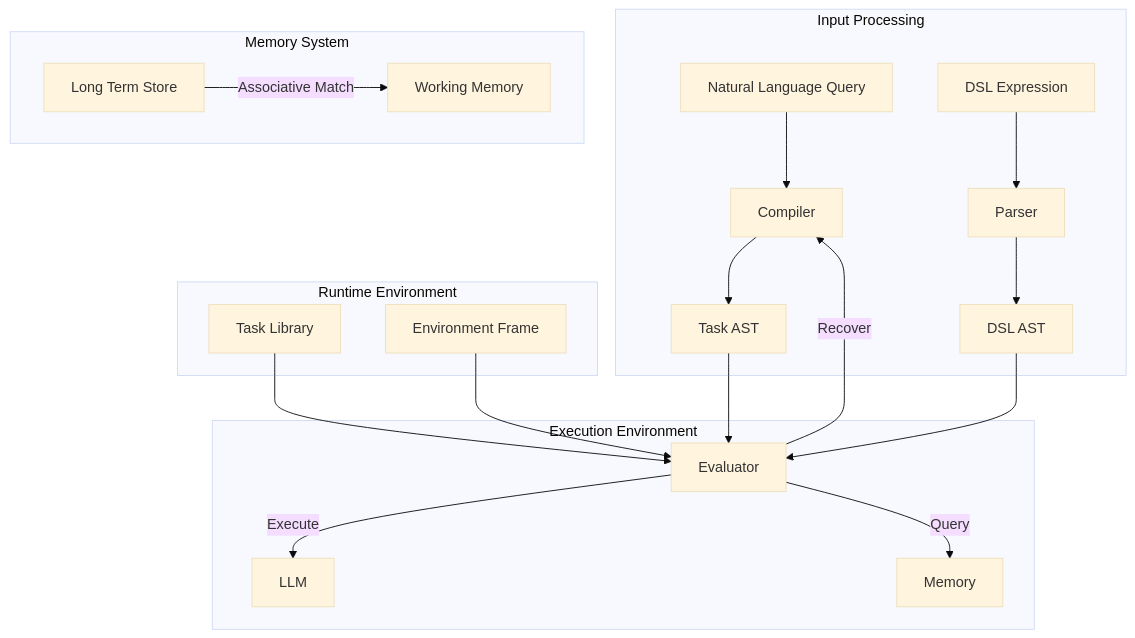
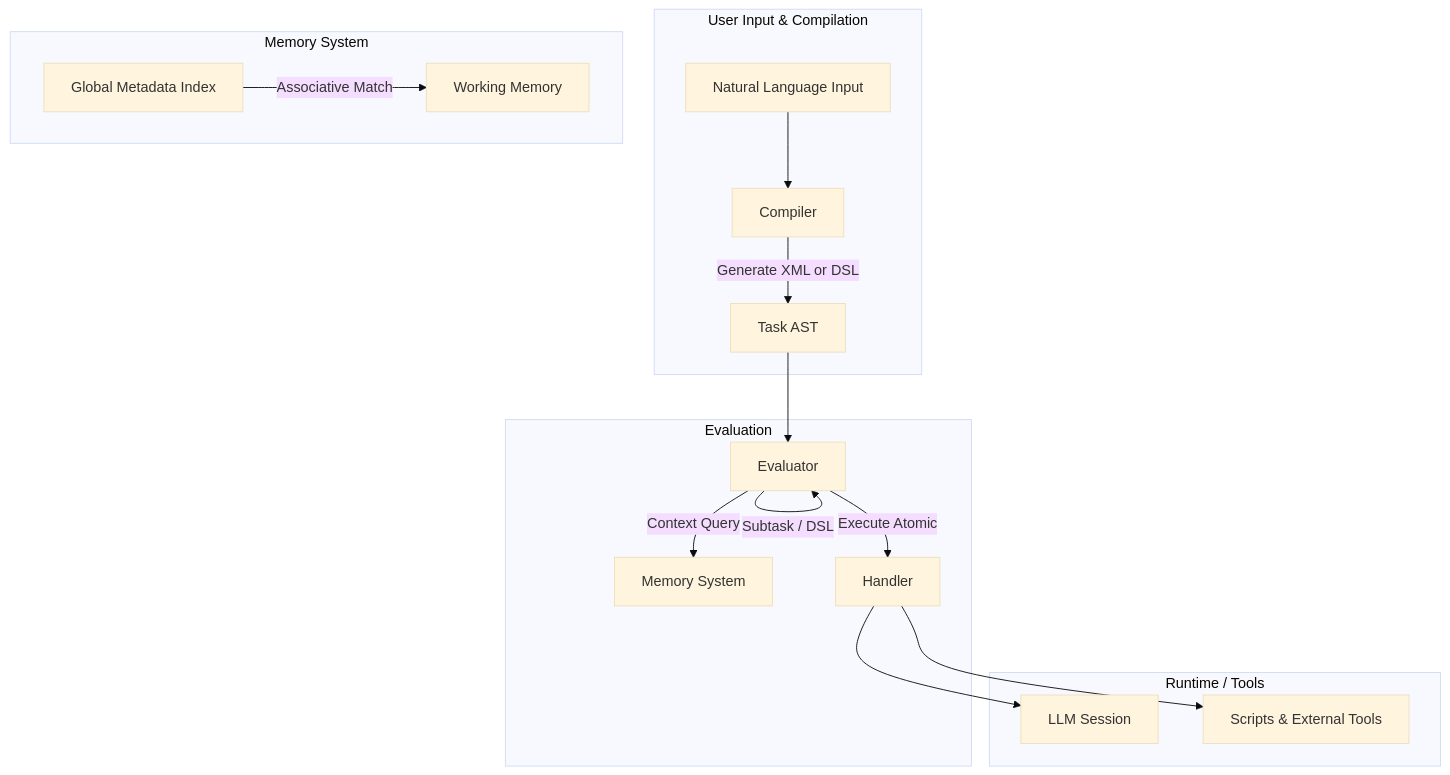
Before and after one commit to hoidn/proposals: the diagram in claude/docs/system/README.md, drawn with Mermaid (base theme). The commit also changed other lines of this file, not shown here.

Commit message:
update system overview

````diff
--- a/claude/docs/system/README.md
+++ b/claude/docs/system/README.md
@@ -9,30 +5,27 @@
 ```mermaid
 graph TD
-    subgraph "Input Processing"
-        NL[Natural Language Query] --> Compiler
-        DSL[DSL Expression] --> Parser
-        Parser --> AST_DSL[DSL AST]
-        Compiler --> AST_NL[Task AST]
+    subgraph "User Input & Compilation"
+        NL[Natural Language Input] --> Compiler
+        Compiler -->|Generate XML or DSL| AST[Task AST]
     end
-
-    subgraph "Execution Environment"
-        AST_DSL --> Evaluator
-        AST_NL --> Evaluator
-        Evaluator -->|Execute| LLM
-        Evaluator -->|Recover| Compiler
-        Evaluator -->|Query| Memory
+    
+    subgraph "Evaluation"
+        AST --> Evaluator[Evaluator]
+        Evaluator -->|Execute Atomic| Handler[Handler]
+        Evaluator -->|Subtask / DSL| Evaluator
+        Evaluator -->|Context Query| Memory[Memory System]
     end
     
     subgraph "Memory System"
-        LongTerm[Long Term Store]
+        LongTerm[Global Metadata Index]
         Working[Working Memory]
         LongTerm -->|Associative Match| Working
     end
-
-    subgraph "Runtime Environment"
-        TaskLib[Task Library]
-        Env[Environment Frame]
-        TaskLib --> Evaluator
-        Env --> Evaluator
+    
+    subgraph "Runtime / Tools"
+        LLM[LLM Session]
+        External[Scripts & External Tools]
+        Handler --> LLM
+        Handler --> External
     end
 ```
````
